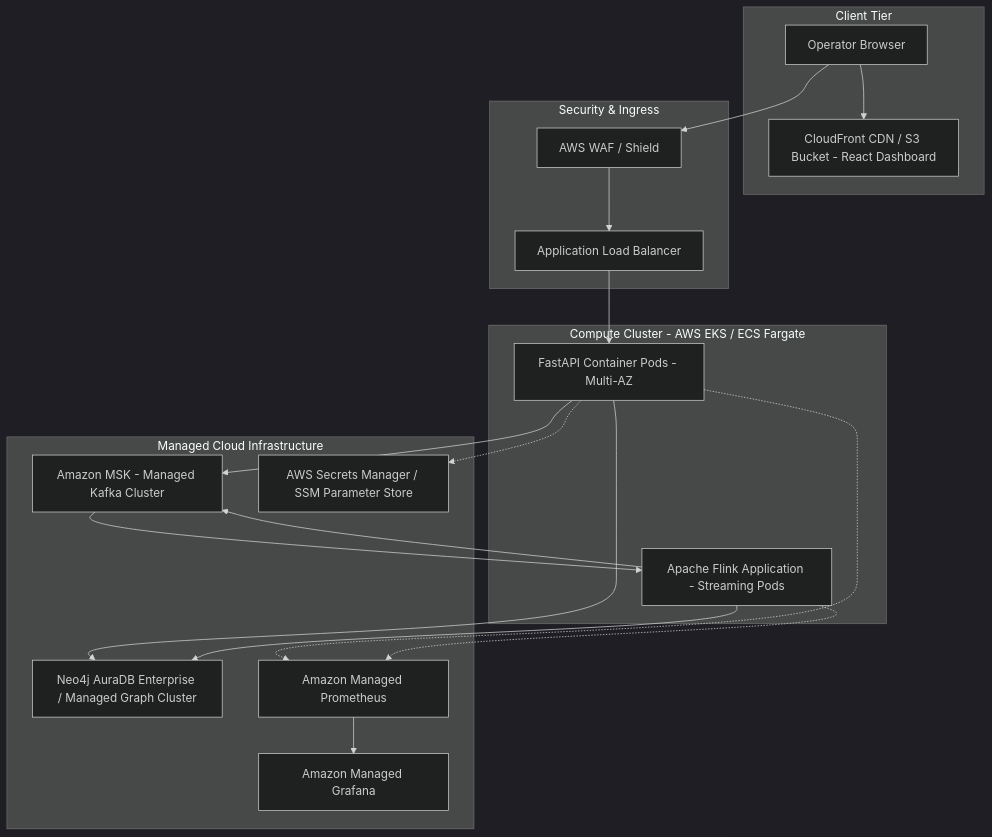
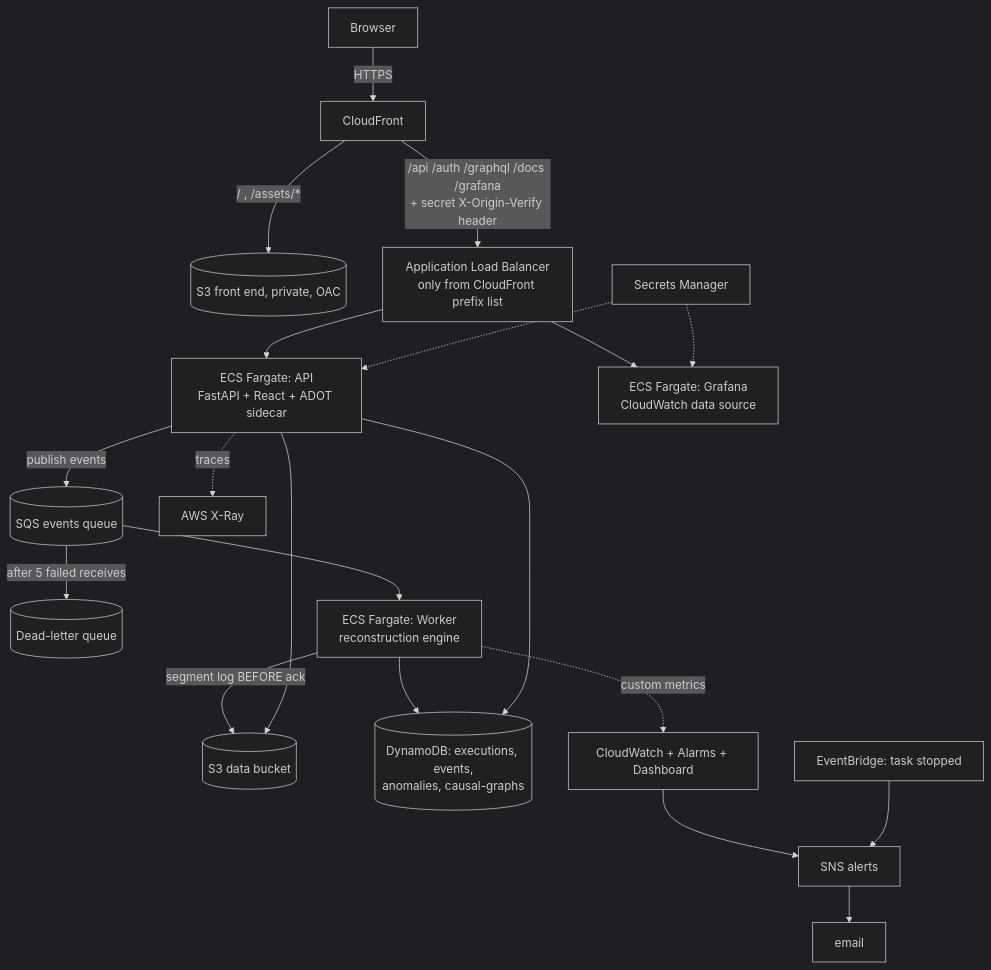
One commit to Akshith1413/ChronosMesh changed the diagram in docs/CLOUD_DEPLOYMENT.md. Above: the diagram before and after it, drawn with Mermaid (dark theme). The commit also changed other lines of this file and 219 other files, not shown here.

````diff
--- a/docs/CLOUD_DEPLOYMENT.md
+++ b/docs/CLOUD_DEPLOYMENT.md
@@ -9,37 +11,21 @@
 ```mermaid
 flowchart TB
-    subgraph Client Tier
-        Browser[Operator Browser]
-        CF[CloudFront CDN / S3 Bucket - React Dashboard]
-    end
-
-    subgraph Security & Ingress
-        ALB[Application Load Balancer]
-        WAF[AWS WAF / Shield]
-    end
-
-    subgraph Compute Cluster - AWS EKS / ECS Fargate
-        API[FastAPI Container Pods - Multi-AZ]
-        FlinkApp[Apache Flink Application - Streaming Pods]
-    end
-
-    subgraph Managed Cloud Infrastructure
-        MSK[Amazon MSK - Managed Kafka Cluster]
-        Aura[Neo4j AuraDB Enterprise / Managed Graph Cluster]
-        SecretsMgr[AWS Secrets Manager / SSM Parameter Store]
-        AMP[Amazon Managed Prometheus]
-        AMG[Amazon Managed Grafana]
-    end
-
-    Browser --> CF
-    Browser --> WAF --> ALB --> API
-    API --> Aura
-    API --> MSK
-    MSK --> FlinkApp
-    FlinkApp --> Aura
-    FlinkApp --> MSK
-    API -.-> SecretsMgr
-    API -.-> AMP
-    FlinkApp -.-> AMP
-    AMP --> AMG
+    U[Browser] -->|HTTPS| CF[CloudFront]
+    CF -->|"/ , /assets/*"| S3F[(S3 front end, private, OAC)]
+    CF -->|"/api /auth /graphql /docs /grafana<br/>+ secret X-Origin-Verify header"| ALB[Application Load Balancer<br/>only from CloudFront prefix list]
+    ALB --> API[ECS Fargate: API<br/>FastAPI + React + ADOT sidecar]
+    ALB --> GRAF[ECS Fargate: Grafana<br/>CloudWatch data source]
+    API -->|publish events| SQS[(SQS events queue)]
+    SQS -->|after 5 failed receives| DLQ[(Dead-letter queue)]
+    SQS --> W[ECS Fargate: Worker<br/>reconstruction engine]
+    W -->|segment log BEFORE ack| S3D[(S3 data bucket)]
+    W --> DDB[(DynamoDB: executions, events,<br/>anomalies, causal-graphs)]
+    API --> DDB
+    API --> S3D
+    API -.->|traces| XR[AWS X-Ray]
+    W -.->|custom metrics| CW[CloudWatch + Alarms + Dashboard]
+    CW --> SNS[SNS alerts] --> MAIL[email]
+    EB[EventBridge: task stopped] --> SNS
+    SEC[Secrets Manager] -.-> API
+    SEC -.-> GRAF
 ```
````
